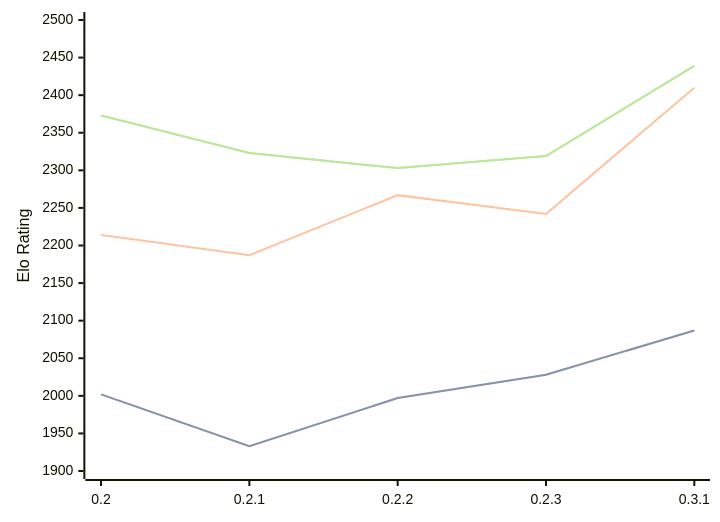
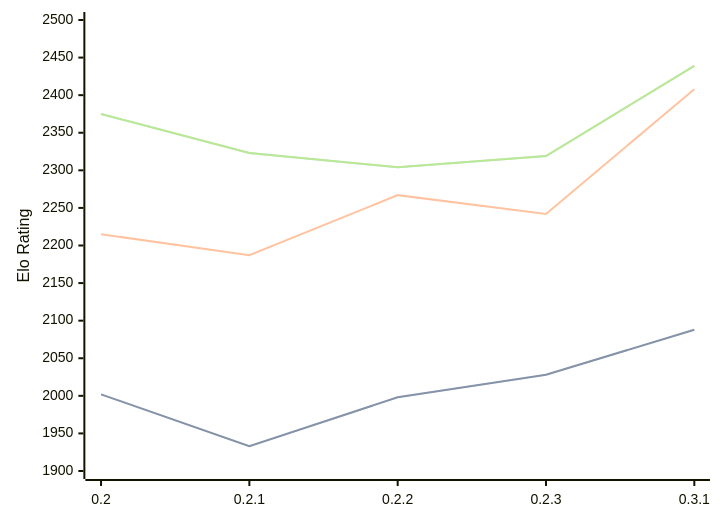
Before and after one commit to computer-chess-index/cci: the diagram in engines/Lolbot.md, drawn with Mermaid. The commit also changed other lines of this file, not shown here.

Commit message:
Update CCI Ratings (ELO VLTC) - 2026-10-02

````diff
--- a/engines/Lolbot.md
+++ b/engines/Lolbot.md
@@ -35,11 +35,11 @@
 ```mermaid
 %%{init: {"theme":"base","themeVariables":{"seriesColors:['#a3a3a3','#222221','#faa371']}}}%%
 xychart-beta
   x-axis ["0.2", "0.2.1", "0.2.2", "0.2.3", "0.3.1"]
   y-axis "Elo Rating" 1900 --> 2500
-  line "" [2002, 1933, 1997, 2028, 2087]
-  line "STC (8.0+0.08s)" [2002, 1933, 1997, 2028, 2087]
-  line "LTC (60.0+0.60s)" [2214, 2187, 2267, 2242, 2410]
-  line "" [2373, 2323, 2303, 2319, 2439]
-  line "VLTC (2m24s+1.12s)" [2373, 2323, 2303, 2319, 2439]
+  line "" [2002, 1933, 1998, 2028, 2088]
+  line "STC (8.0+0.08s)" [2002, 1933, 1998, 2028, 2088]
+  line "LTC (60.0+0.60s)" [2215, 2187, 2267, 2242, 2408]
+  line "" [2375, 2323, 2304, 2319, 2439]
+  line "VLTC (2m24s+1.12s)" [2375, 2323, 2304, 2319, 2439]
 ```
````
